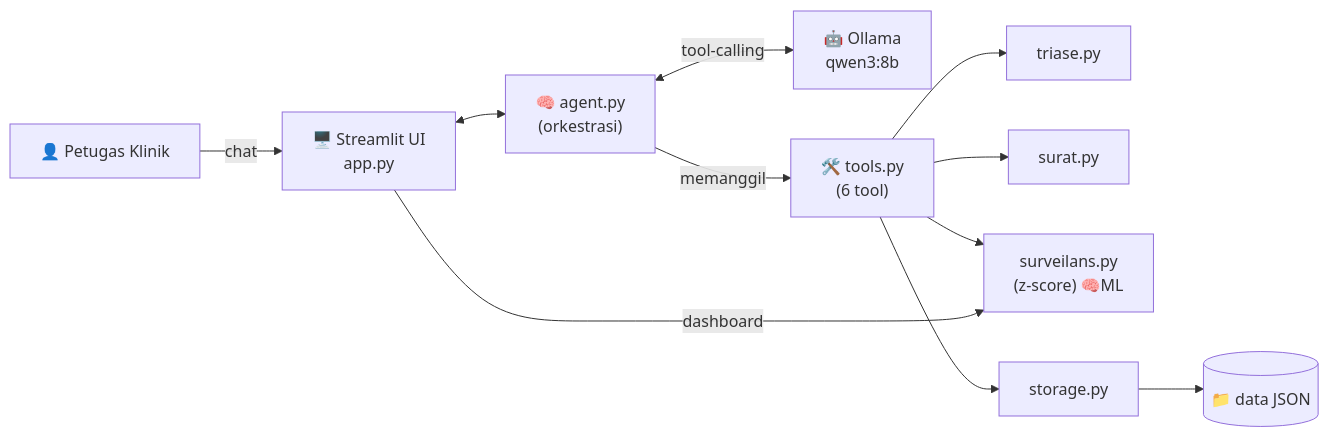
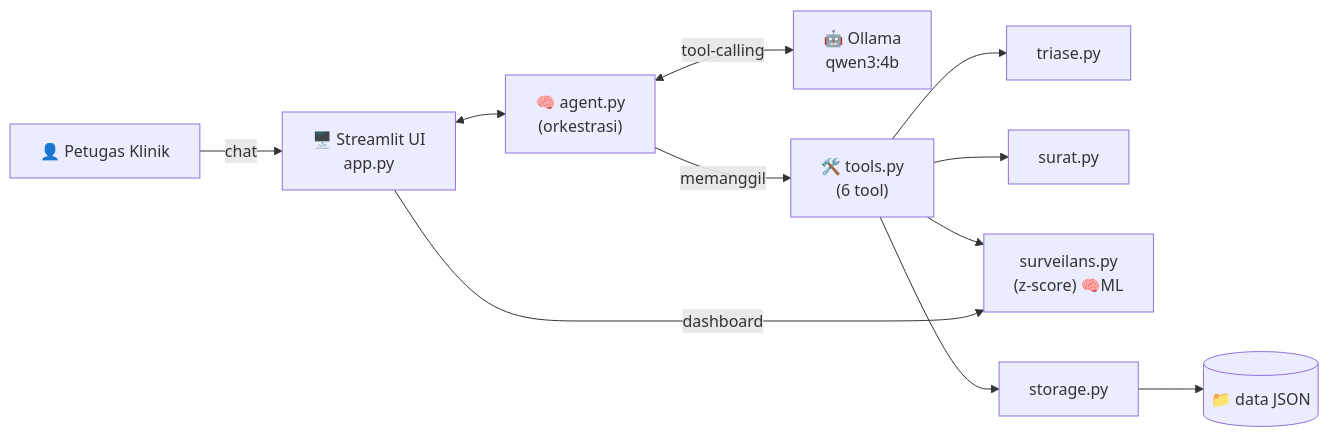
One commit to EzrDH/asisten-poliklinik-taruna changed the first of 2 diagrams in README.md. Above: the diagram before and after it, drawn with Mermaid. The commit also changed other lines of this file, not shown here.

Commit message:
docs: selaraskan diagram ke qwen3:4b dan jumlah test ke 99

````diff
--- a/README.md
+++ b/README.md
@@ -68,13 +68,13 @@
 ```mermaid
 flowchart LR
     P["👤 Petugas Klinik"] -->|chat| UI["🖥️ Streamlit UI<br/>app.py"]
     UI <--> AG["🧠 agent.py<br/>(orkestrasi)"]
-    AG <-->|tool-calling| LLM["🤖 Ollama<br/>qwen3:8b"]
+    AG <-->|tool-calling| LLM["🤖 Ollama<br/>qwen3:4b"]
     AG -->|memanggil| T["🛠️ tools.py<br/>(6 tool)"]
     T --> TR["triase.py"]
     T --> SR["surat.py"]
     T --> SV["surveilans.py<br/>(z-score) 🧠ML"]
     T --> ST["storage.py"]
     ST --> D[("📁 data JSON")]
     UI -->|dashboard| SV
 ```
````
